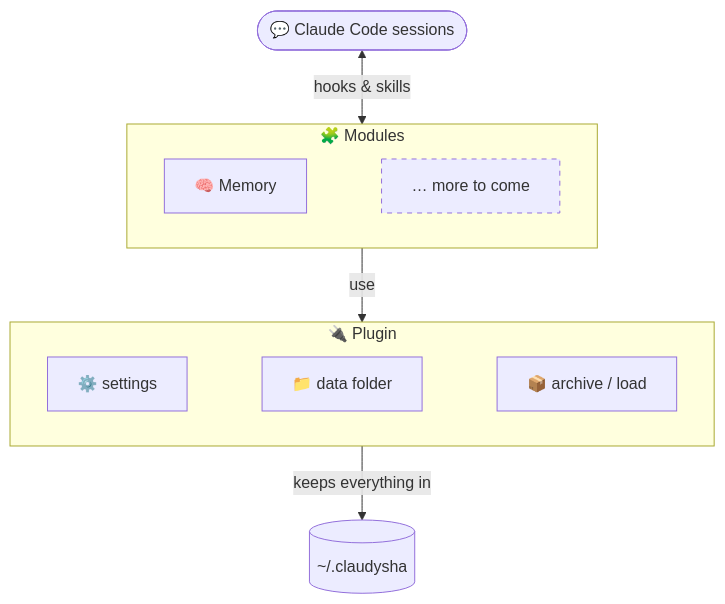
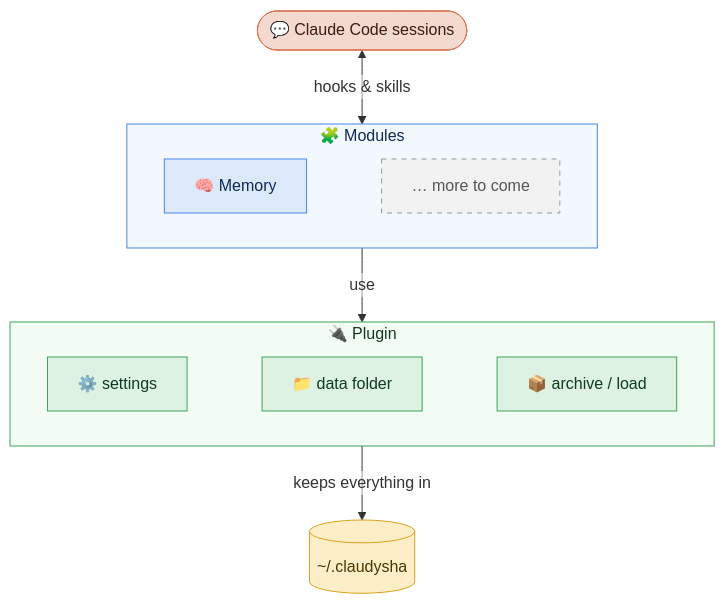
Before and after one commit to Nevysha/claudysha: the first of 2 diagrams in README.md, drawn with Mermaid. The commit also changed other lines of this file, not shown here.

Commit message:
docs(readme): colour the diagrams, transparent edge labels
Nodes get a colour per role (Claude, you, modules, plugin, data), and
edge labels no longer sit on a grey box, in light and dark themes.

````diff
--- a/README.md
+++ b/README.md
@@ -29,22 +29,34 @@
 ```mermaid
+%%{init: {'themeVariables': {'edgeLabelBackground': '#ffffff00'}, 'themeCSS': '.labelBkg { background-color: transparent !important; }'}}%%
 flowchart TB
     CC(["💬 Claude Code sessions"])
 
     subgraph MODS["🧩 Modules"]
         direction LR
         MEM["🧠 Memory"] ~~~ NEXT["… more to come"]
     end
 
     subgraph PLUGIN["🔌 Plugin"]
         direction LR
         SET["⚙️ settings"] ~~~ DF["📁 data folder"] ~~~ AL["📦 archive / load"]
     end
 
     DATA[("~/.claudysha")]
 
     CC <-->|"hooks & skills"| MODS
     MODS -->|"use"| PLUGIN
     PLUGIN -->|"keeps everything in"| DATA
 
-    style NEXT stroke-dasharray: 5 5
+    classDef claude fill:#F4D9CF,stroke:#D97757,color:#3B1D12
+    classDef module fill:#DCE9FB,stroke:#4A86E8,color:#0E2A55
+    classDef plugin fill:#DDF2E3,stroke:#3FA65A,color:#123A1E
+    classDef data fill:#FCEFC7,stroke:#D9A21B,color:#4A3505
+    classDef soon fill:#F2F2F2,stroke:#9A9A9A,color:#555555,stroke-dasharray: 5 5
+    class CC claude
+    class MEM module
+    class NEXT soon
+    class SET,DF,AL plugin
+    class DATA data
+    style MODS fill:#F3F8FE,stroke:#4A86E8,color:#0E2A55
+    style PLUGIN fill:#F3FBF5,stroke:#3FA65A,color:#123A1E
 ```
````
